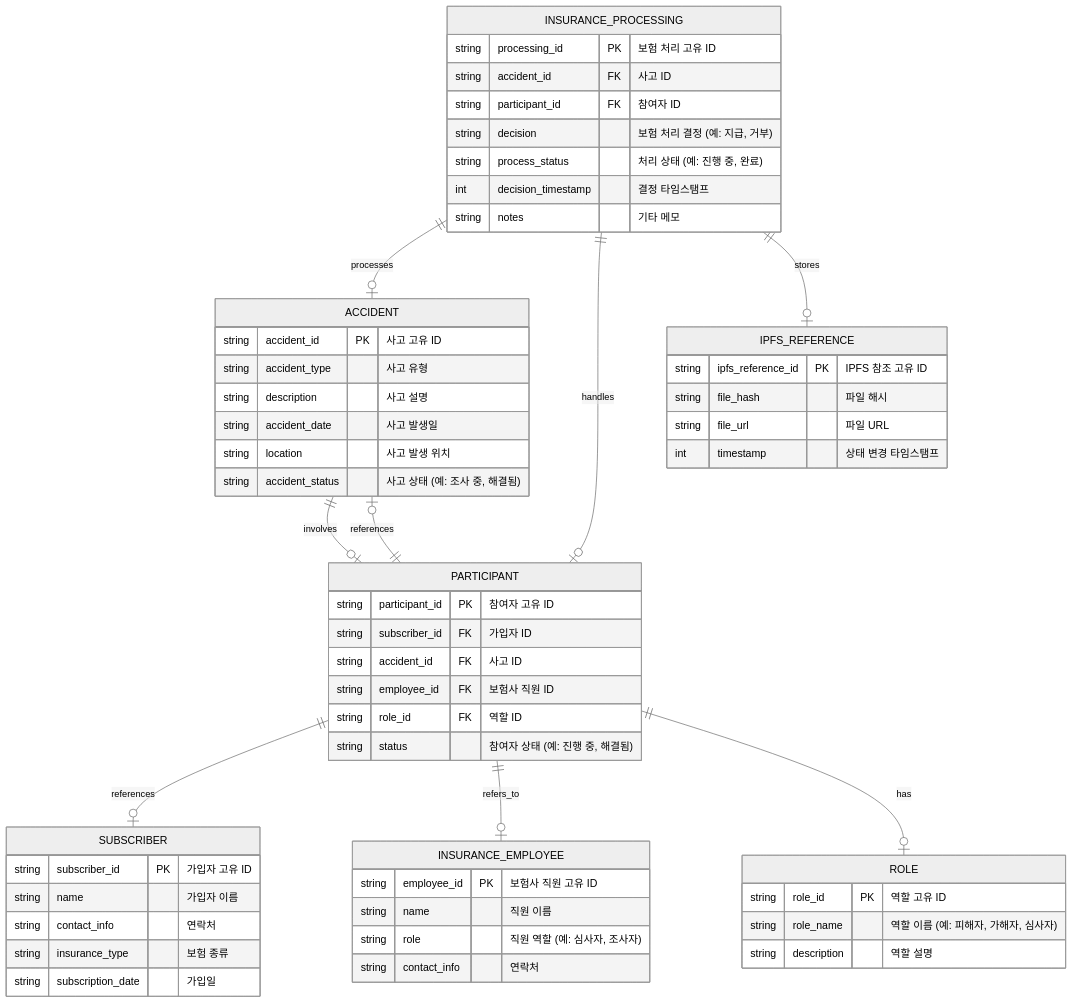
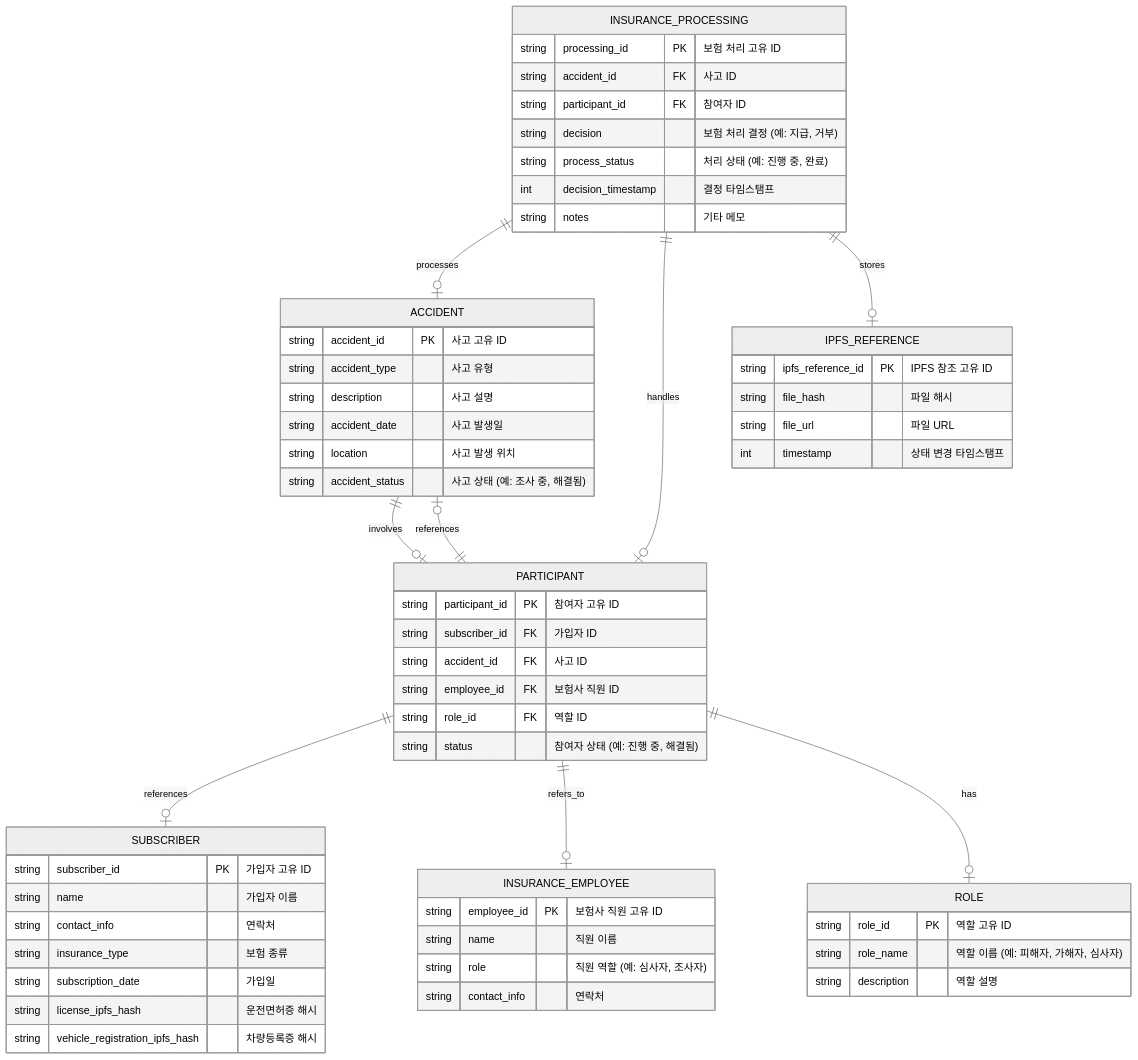
One commit to whan1569/insurance_blockchain changed the diagram in 2.블록체인/오프체인 ERD.md. Above: the diagram before and after it, drawn with Mermaid (neutral theme). The commit also changed 3 other files, not shown here.

````diff
--- a/2.블록체인/오프체인 ERD.md
+++ b/2.블록체인/오프체인 ERD.md
@@ -1,69 +1,71 @@
 ```mermaid
 erDiagram
     ACCIDENT {
         string accident_id PK "사고 고유 ID"
         string accident_type "사고 유형"
         string description "사고 설명"
         string accident_date "사고 발생일"
         string location "사고 발생 위치"
         string accident_status "사고 상태 (예: 조사 중, 해결됨)"
     }
-
+    
     SUBSCRIBER {
         string subscriber_id PK "가입자 고유 ID"
         string name "가입자 이름"
         string contact_info "연락처"
         string insurance_type "보험 종류"
         string subscription_date "가입일"
+        string license_ipfs_hash "운전면허증 해시"
+        string vehicle_registration_ipfs_hash "차량등록증 해시"
     }
 
     INSURANCE_EMPLOYEE {
         string employee_id PK "보험사 직원 고유 ID"
         string name "직원 이름"
         string role "직원 역할 (예: 심사자, 조사자)"
         string contact_info "연락처"
     }
 
     INSURANCE_PROCESSING {
         string processing_id PK "보험 처리 고유 ID"
         string accident_id FK "사고 ID"
         string participant_id FK "참여자 ID"
         string decision "보험 처리 결정 (예: 지급, 거부)"
         string process_status "처리 상태 (예: 진행 중, 완료)"
         int decision_timestamp "결정 타임스탬프"
         string notes "기타 메모"
     }
 
     PARTICIPANT {
         string participant_id PK "참여자 고유 ID"
         string subscriber_id FK "가입자 ID"
         string accident_id FK "사고 ID"
         string employee_id FK "보험사 직원 ID"
         string role_id FK "역할 ID"
         string status "참여자 상태 (예: 진행 중, 해결됨)"
     }
 
     ROLE {
         string role_id PK "역할 고유 ID"
         string role_name "역할 이름 (예: 피해자, 가해자, 심사자)"
         string description "역할 설명"
     }
 
 
     IPFS_REFERENCE {
         string ipfs_reference_id PK "IPFS 참조 고유 ID"
         string file_hash "파일 해시"
         string file_url "파일 URL"
         int timestamp "상태 변경 타임스탬프"
     }
 
     ACCIDENT ||--o| PARTICIPANT : involves
     PARTICIPANT ||--o| SUBSCRIBER : references
     PARTICIPANT ||--o| ACCIDENT : references
     PARTICIPANT ||--o| INSURANCE_EMPLOYEE : refers_to
     PARTICIPANT ||--o| ROLE : has
     INSURANCE_PROCESSING ||--o| ACCIDENT : processes
     INSURANCE_PROCESSING ||--o| PARTICIPANT : handles
     INSURANCE_PROCESSING ||--o| IPFS_REFERENCE : stores
 
 ```
````
